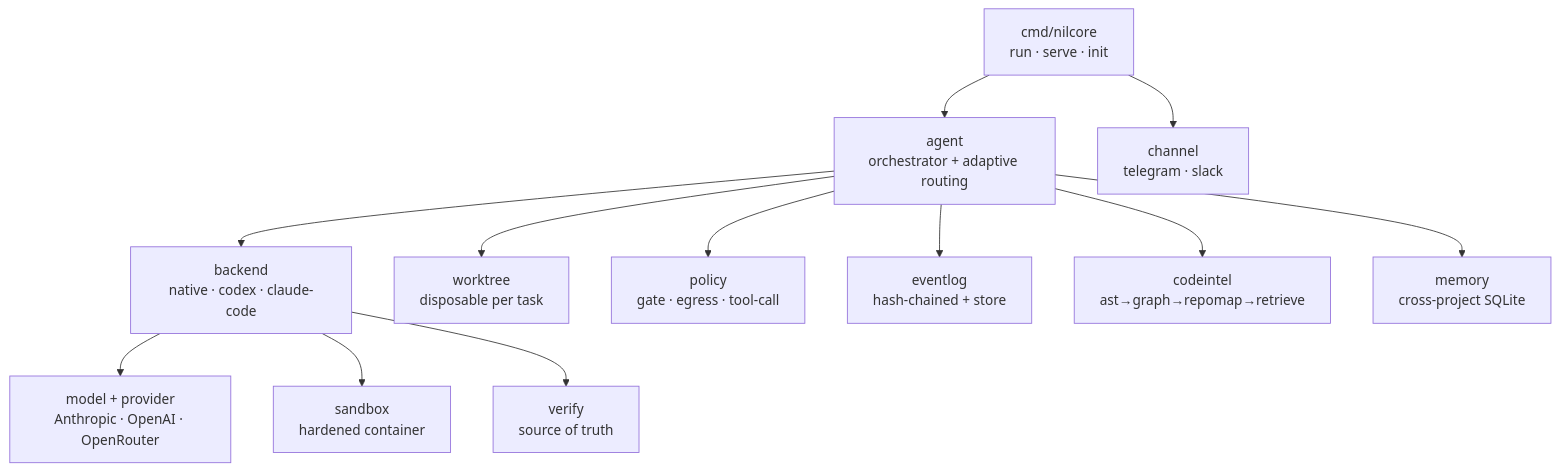
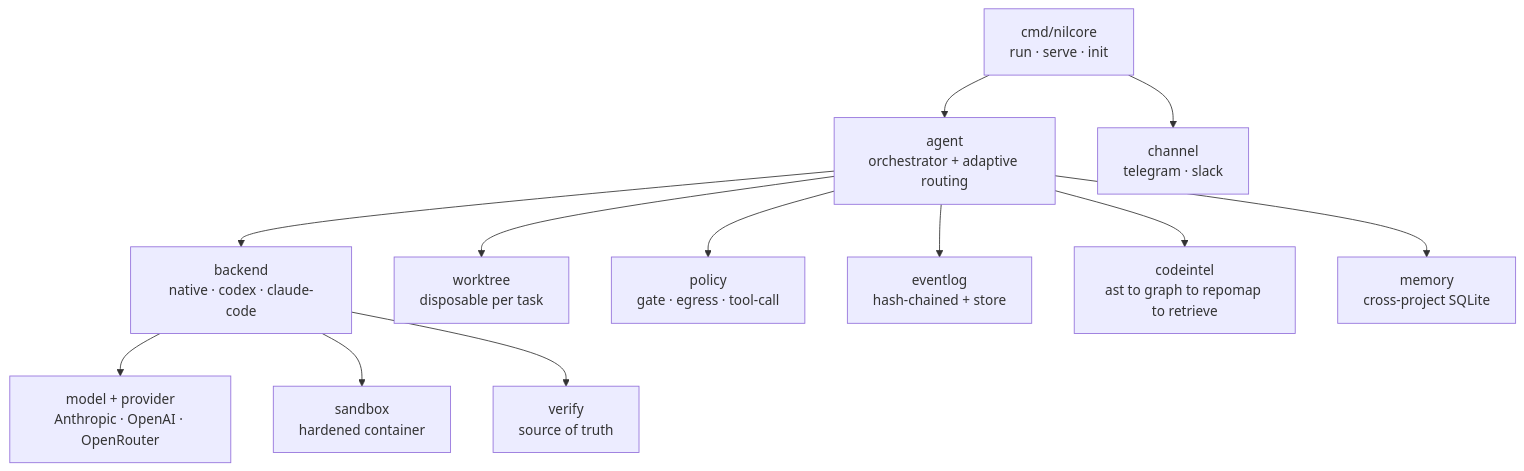
Before and after one commit to RNT56/NilCore: the second of 2 diagrams in README.md, drawn with Mermaid. The commit also changed other lines of this file, not shown here.

````diff
--- a/README.md
+++ b/README.md
@@ -174,14 +174,14 @@
 ```mermaid
 flowchart TD
     CLI[cmd/nilcore<br/>run · serve · init] --> AGENT[agent<br/>orchestrator + adaptive routing]
     AGENT --> BK[backend<br/>native · codex · claude-code]
     AGENT --> WT[worktree<br/>disposable per task]
     BK --> MODEL[model + provider<br/>Anthropic · OpenAI · OpenRouter]
     BK --> SANDBOX[sandbox<br/>hardened container]
     BK --> VERIFY[verify<br/>source of truth]
     AGENT --> POLICY[policy<br/>gate · egress · tool-call]
     AGENT --> LOG[eventlog<br/>hash-chained + store]
-    AGENT --> CI[codeintel<br/>ast→graph→repomap→retrieve]
+    AGENT --> CI[codeintel<br/>ast to graph to repomap to retrieve]
     AGENT --> MEM[memory<br/>cross-project SQLite]
     CLI --> CHAN[channel<br/>telegram · slack]
 ```
````
